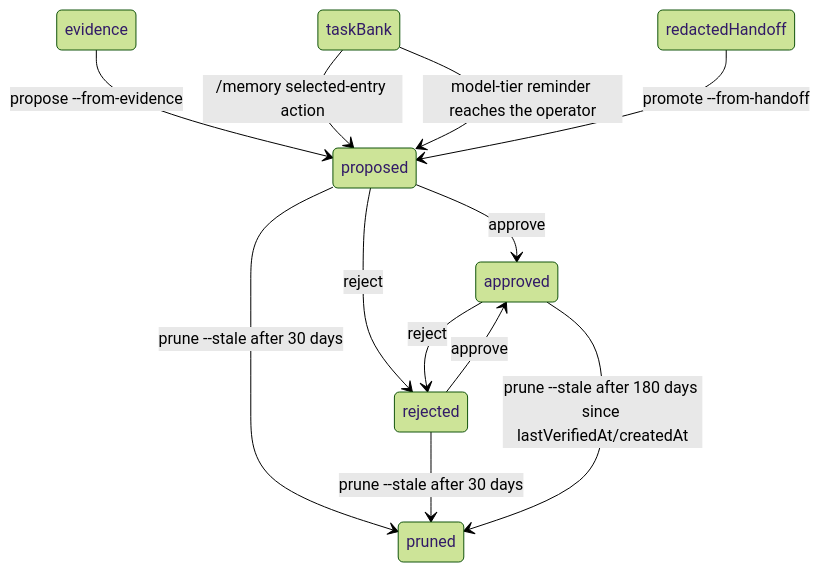
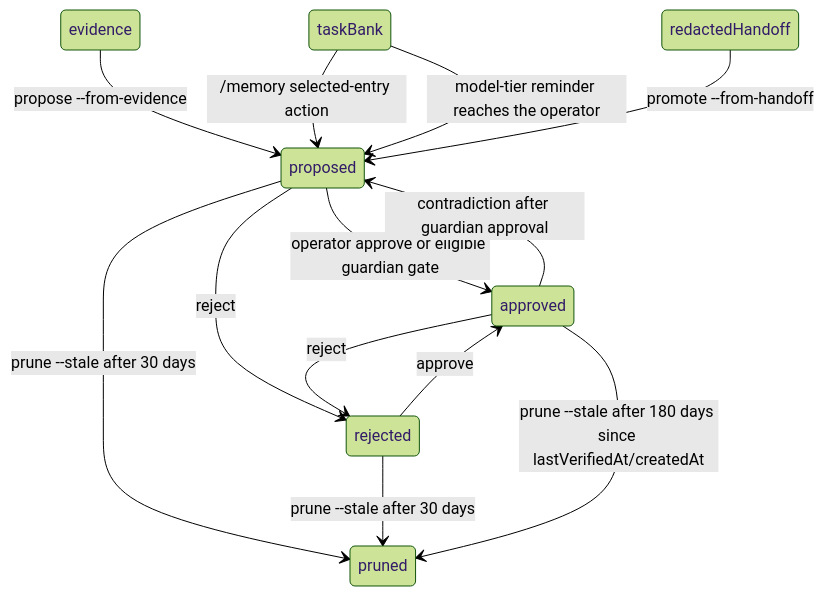
Before and after one commit to iowarp/clio-coder: the diagram in docs/architecture/evidence-and-memory.md, drawn with Mermaid (forest theme). The commit also changed other lines of this file and 56 other files, not shown here.

````diff
--- a/docs/architecture/evidence-and-memory.md
+++ b/docs/architecture/evidence-and-memory.md
@@ -445,14 +445,15 @@
 ```mermaid
 stateDiagram-v2
     evidence --> proposed: propose --from-evidence
     taskBank --> proposed: /memory selected-entry action
     taskBank --> proposed: model-tier reminder reaches the operator
     redactedHandoff --> proposed: promote --from-handoff
-    proposed --> approved: approve <id>
+    proposed --> approved: operator approve or eligible guardian gate
     proposed --> rejected: reject <id>
     approved --> rejected: reject <id>
+    approved --> proposed: contradiction after guardian approval
     rejected --> approved: approve <id>
     proposed --> pruned: prune --stale after 30 days
     rejected --> pruned: prune --stale after 30 days
     approved --> pruned: prune --stale after 180 days since lastVerifiedAt/createdAt
 ```
````
